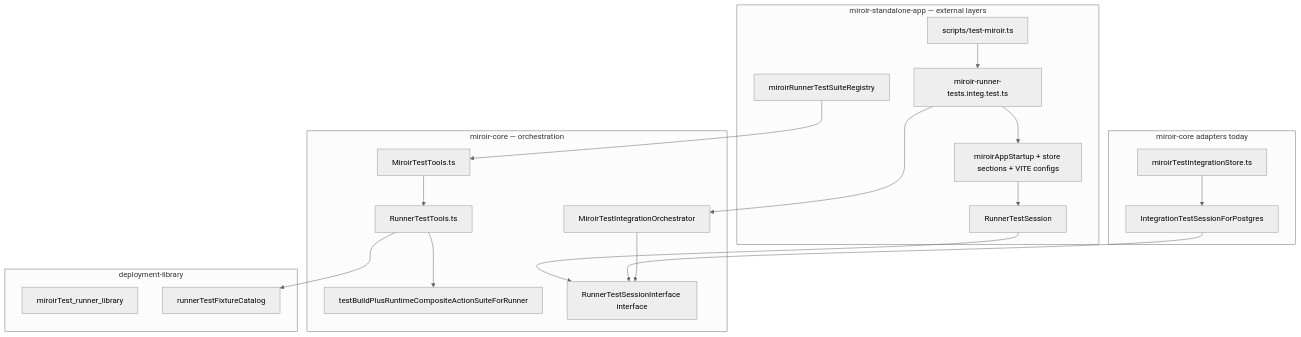
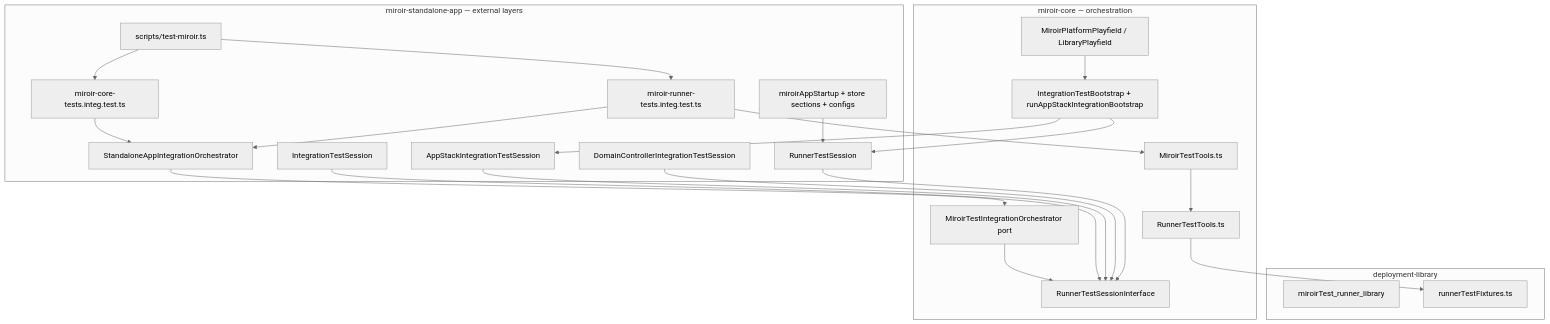
The second of 4 diagrams in code-helpers/features/197-FEATURE- run integration tests in the UI/plan.md (miroir-framework/miroir), drawn with Mermaid (neutral theme) before and after one commit. The commit also changed other lines of this file and 18 other files, not shown here.

Commit message:
#197 FEATURE: run integration tests in the UI. Revise plan & fix Test filtering

````diff
--- a/code-helpers/features/197-FEATURE- run integration tests in the UI/plan.md
+++ b/code-helpers/features/197-FEATURE- run integration tests in the UI/plan.md
@@ -239,41 +276,46 @@
 ```mermaid
 flowchart TB
   subgraph standalone [miroir-standalone-app — external layers]
     SCRIPT[scripts/test-miroir.ts]
-    ENTRY[miroir-runner-tests.integ.test.ts]
-    REG[miroirRunnerTestSuiteRegistry]
+    ENTRY_X[miroir-core-tests.integ.test.ts]
+    ENTRY_R[miroir-runner-tests.integ.test.ts]
+    ORCH_SA[StandaloneAppIntegrationOrchestrator]
+    ADAPT_XFORM[IntegrationTestSession]
+    ADAPT_PSC[AppStackIntegrationTestSession]
+    ADAPT_DC[DomainControllerIntegrationTestSession]
     ADAPT_RUN[RunnerTestSession]
-    STARTUP[miroirAppStartup + store sections + VITE configs]
+    STARTUP[miroirAppStartup + store sections + configs]
   end
 
   subgraph core [miroir-core — orchestration]
-    ORCH[MiroirTestIntegrationOrchestrator]
+    ORCH[MiroirTestIntegrationOrchestrator port]
+    BOOT[IntegrationTestBootstrap + runAppStackIntegrationBootstrap]
+    PLAT[MiroirPlatformPlayfield / LibraryPlayfield]
     MT[MiroirTestTools.ts]
     RT[RunnerTestTools.ts]
-    BLD[testBuildPlusRuntimeCompositeActionSuiteForRunner]
-    PORT[RunnerTestSessionInterface interface]
-  end
-
-  subgraph core_adapters [miroir-core adapters today]
-    ADAPT_XFORM[IntegrationTestSessionForPostgres]
-    STORE[miroirTestIntegrationStore.ts]
+    PORT[RunnerTestSessionInterface]
   end
 
   subgraph deploy [deployment-library]
     INST[miroirTest_runner_library]
-    FIX[runnerTestFixtureCatalog]
+    FIX[runnerTestFixtures.ts]
   end
 
-  SCRIPT --> ENTRY
-  ENTRY --> STARTUP
-  ENTRY --> ORCH
-  REG --> MT
+  SCRIPT --> ENTRY_X
+  SCRIPT --> ENTRY_R
+  ENTRY_X --> ORCH_SA
+  ENTRY_R --> ORCH_SA
+  ORCH_SA --> ORCH
   ORCH --> PORT
   ADAPT_XFORM --> PORT
+  ADAPT_PSC --> PORT
+  ADAPT_DC --> PORT
   ADAPT_RUN --> PORT
-  STORE --> ADAPT_XFORM
+  BOOT --> ADAPT_PSC
+  BOOT --> ADAPT_RUN
+  PLAT --> BOOT
   STARTUP --> ADAPT_RUN
+  ENTRY_R --> MT
   MT --> RT
   RT --> FIX
-  RT --> BLD
 ```
````
